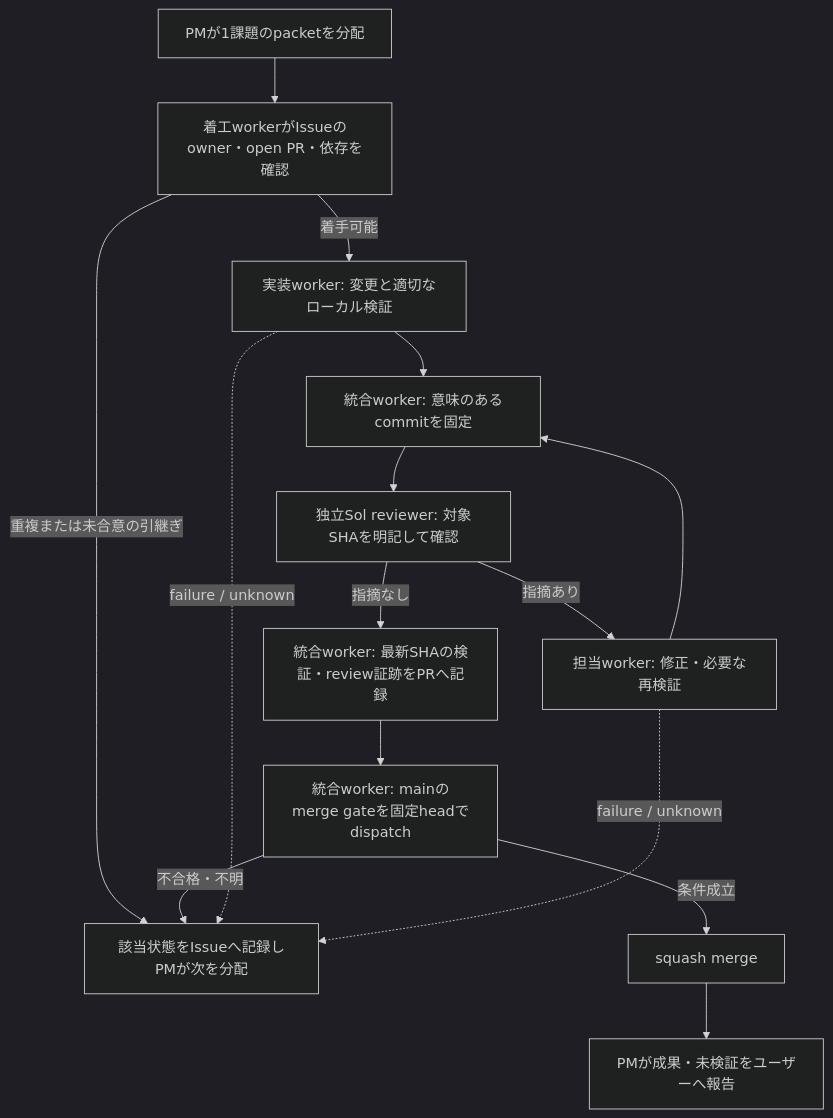
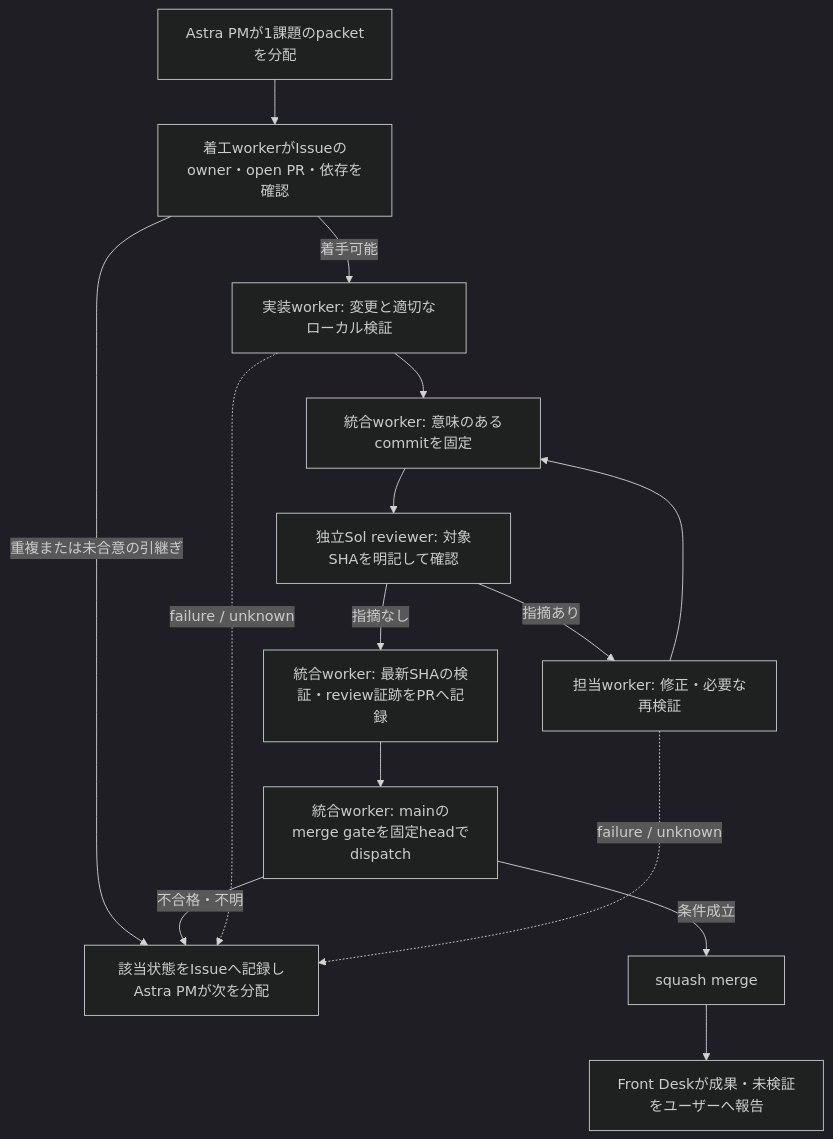
The diagram in docs/runbooks/single-task-loop.md (yomote/agent-world), drawn with Mermaid (dark theme) before and after one commit. The commit also changed other lines of this file and 10 other files, not shown here.

````diff
--- a/docs/runbooks/single-task-loop.md
+++ b/docs/runbooks/single-task-loop.md
@@ -5,17 +5,17 @@
 ```mermaid
 flowchart TD
-  Start[PMが1課題のpacketを分配] --> Check[着工workerがIssueのowner・open PR・依存を確認]
-  Check -->|重複または未合意の引継ぎ| Record[該当状態をIssueへ記録しPMが次を分配]
+  Start[Astra PMが1課題のpacketを分配] --> Check[着工workerがIssueのowner・open PR・依存を確認]
+  Check -->|重複または未合意の引継ぎ| Record[該当状態をIssueへ記録しAstra PMが次を分配]
   Check -->|着手可能| Implement[実装worker: 変更と適切なローカル検証]
   Implement --> Commit[統合worker: 意味のあるcommitを固定]
   Commit --> Review[独立Sol reviewer: 対象SHAを明記して確認]
   Review -->|指摘あり| Fix[担当worker: 修正・必要な再検証]
   Fix --> Commit
   Review -->|指摘なし| Evidence[統合worker: 最新SHAの検証・review証跡をPRへ記録]
   Evidence --> Gate[統合worker: mainのmerge gateを固定headでdispatch]
   Gate -->|条件成立| Merge[squash merge]
   Gate -->|不合格・不明| Record
-  Merge --> Handoff[PMが成果・未検証をユーザーへ報告]
+  Merge --> Handoff[Front Deskが成果・未検証をユーザーへ報告]
   Implement -. failure / unknown .-> Record
   Fix -. failure / unknown .-> Record
 ```
````
